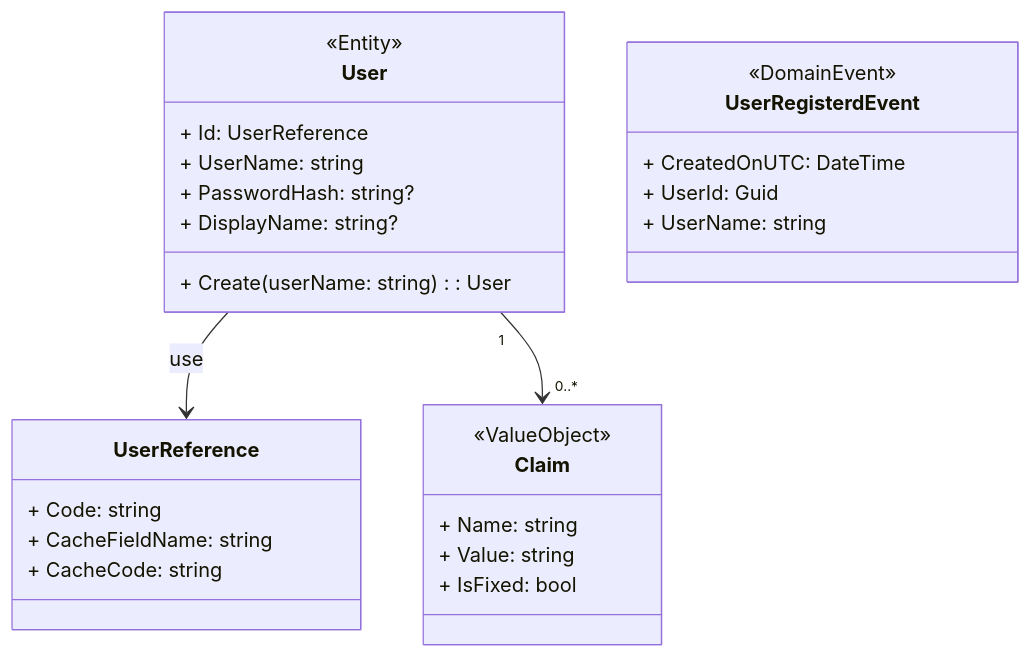
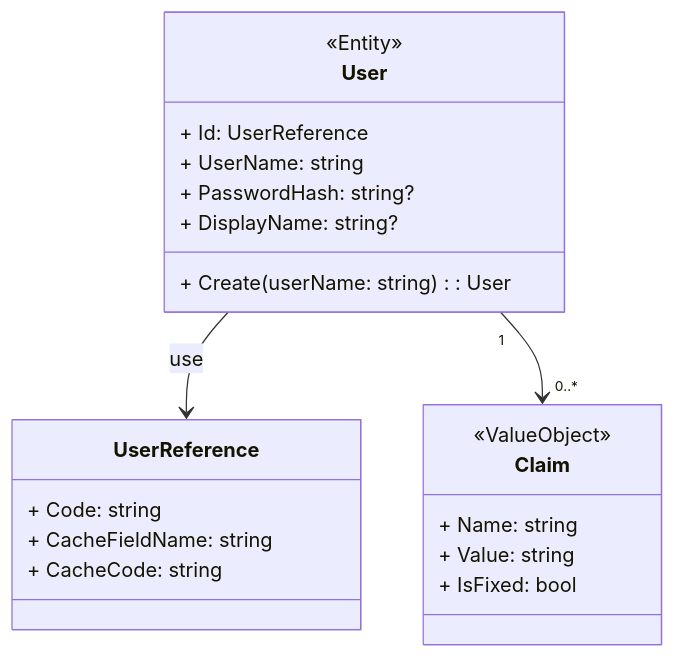
The diagram in UML/Domain/Domain.User.md (sdlfly2000/AuthenticationServer), drawn with Mermaid before and after one commit. The commit also changed 1 other file, not shown here.

Commit message:
#34 Update UML

````diff
--- a/UML/Domain/Domain.User.md
+++ b/UML/Domain/Domain.User.md
@@ -3,42 +3,35 @@
 ```mermaid
 ---
 config:
     class:
         hideEmptyMembersBox: true
 ---
 
 classDiagram
     class User:::Entity {
         <<Entity>>
         + Id: UserReference
         + UserName: string
         + PasswordHash: string?
         + DisplayName: string?
         + Create(userName: string): User
     }
 
     class UserReference:::ValueObject {
         + Code: string
         + CacheFieldName: string
         + CacheCode: string
     }
 
     class Claim:::Interface {
         <<ValueObject>>
         + Name: string
         + Value: string
         + IsFixed: bool
     }
 
-    class UserRegisterdEvent {
-        <<DomainEvent>>
-        + CreatedOnUTC: DateTime
-        + UserId: Guid
-        + UserName: string
-    }
-
     %%{{Relationship}}%%
     User --> UserReference : use
     User "1" --> "0..*" Claim
 
 ```
````
